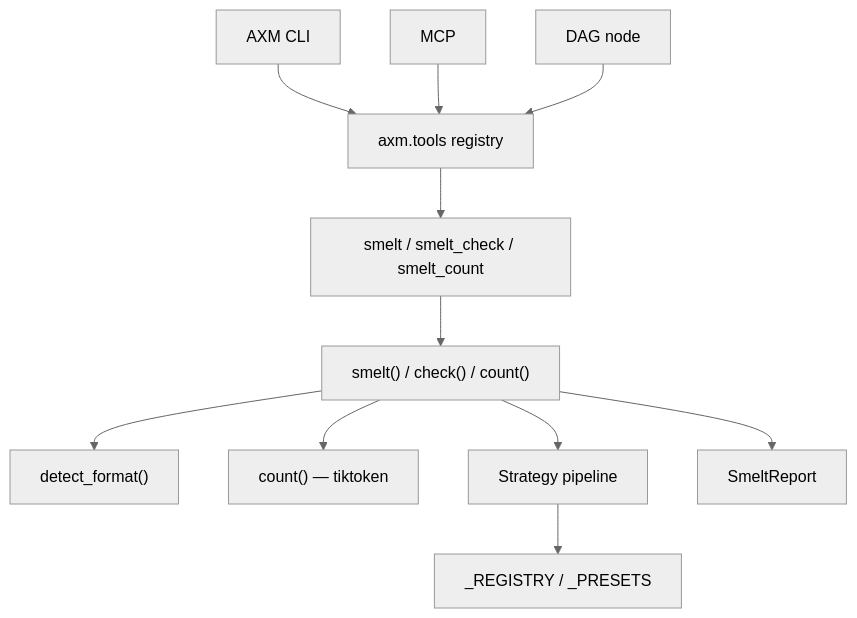
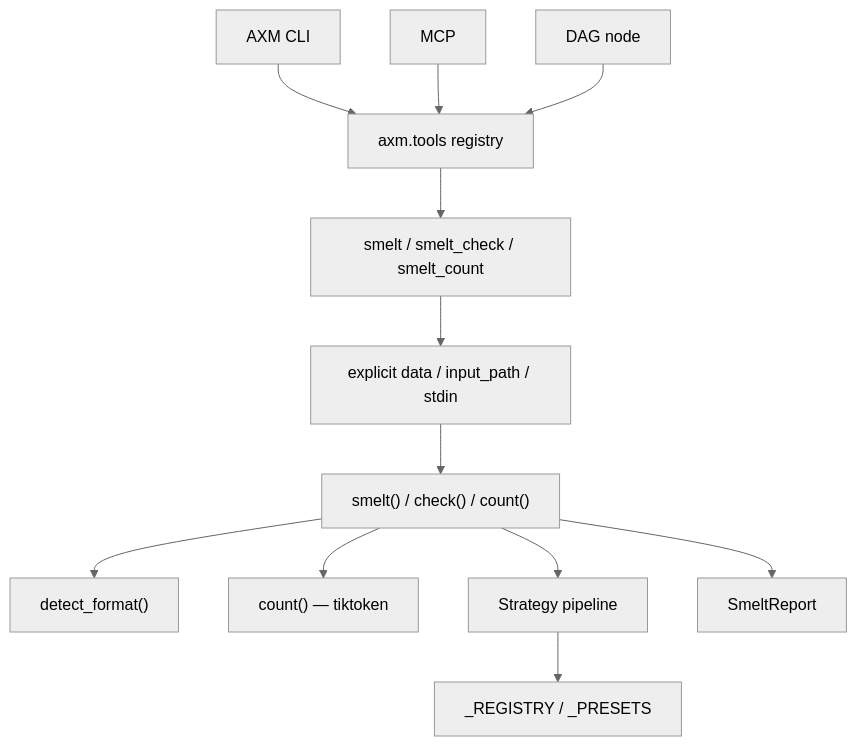
The first of 2 diagrams in packages/axm-smelt/docs/explanation/architecture.md (axm-protocols/axm-forge), drawn with Mermaid (neutral theme) before and after one commit. The commit also changed other lines of this file and 12 other files, not shown here.

First line of the commit message:
feat(axm-smelt): read files and stdin in tools

````diff
--- a/packages/axm-smelt/docs/explanation/architecture.md
+++ b/packages/axm-smelt/docs/explanation/architecture.md
@@ -7,13 +7,14 @@
 ```mermaid
 graph TB
     CLI["AXM CLI"] --> ToolRegistry["axm.tools registry"]
     MCP["MCP"] --> ToolRegistry
     DAG["DAG node"] --> ToolRegistry
     ToolRegistry --> Tools["smelt / smelt_check / smelt_count"]
-    Tools --> Pipeline["smelt() / check() / count()"]
+    Tools --> InputSource["explicit data / input_path / stdin"]
+    InputSource --> Pipeline["smelt() / check() / count()"]
     Pipeline --> Detector["detect_format()"]
     Pipeline --> Counter["count() — tiktoken"]
     Pipeline --> Strategies["Strategy pipeline"]
     Strategies --> StrategyRegistry["_REGISTRY / _PRESETS"]
     Pipeline --> Report["SmeltReport"]
 ```
````
